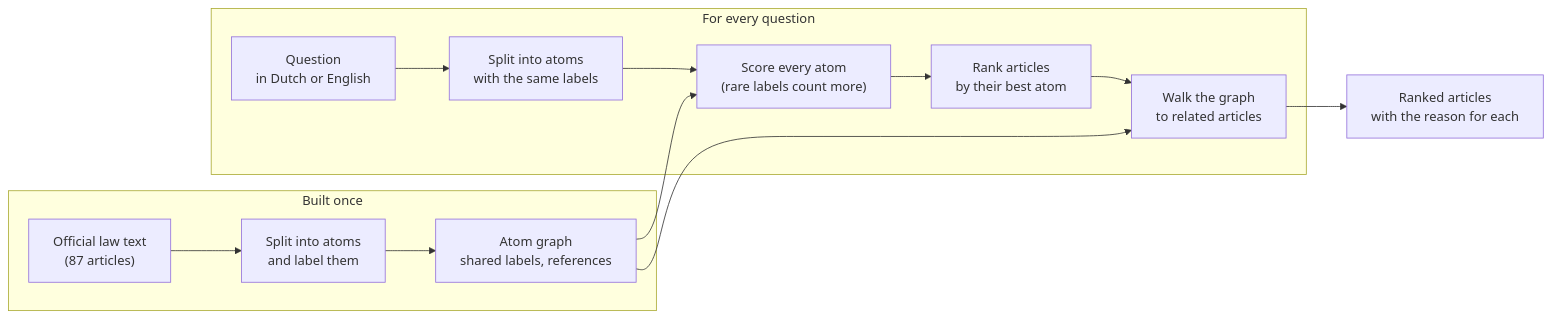
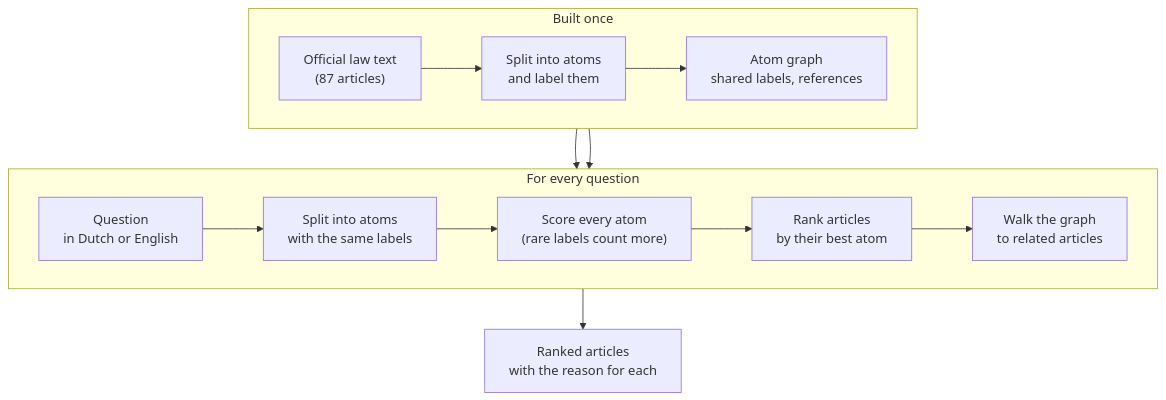
The diagram in README.md (robinAssam/article-relationship-model), drawn with Mermaid before and after one commit. The commit also changed other lines of this file and 4 other files, not shown here.

````diff
--- a/README.md
+++ b/README.md
@@ -24,16 +24,18 @@
 ```mermaid
-flowchart LR
+flowchart TB
     subgraph once["Built once"]
+        direction LR
         A["Official law text<br/>(87 articles)"] --> B["Split into atoms<br/>and label them"]
         B --> C["Atom graph<br/>shared labels, references"]
     end
     subgraph each["For every question"]
+        direction LR
         Q["Question<br/>in Dutch or English"] --> D["Split into atoms<br/>with the same labels"]
         D --> E["Score every atom<br/>(rare labels count more)"]
         E --> F["Rank articles<br/>by their best atom"]
         F --> G["Walk the graph<br/>to related articles"]
     end
     C --> E
     C --> G
     G --> R["Ranked articles<br/>with the reason for each"]
 ```
````
